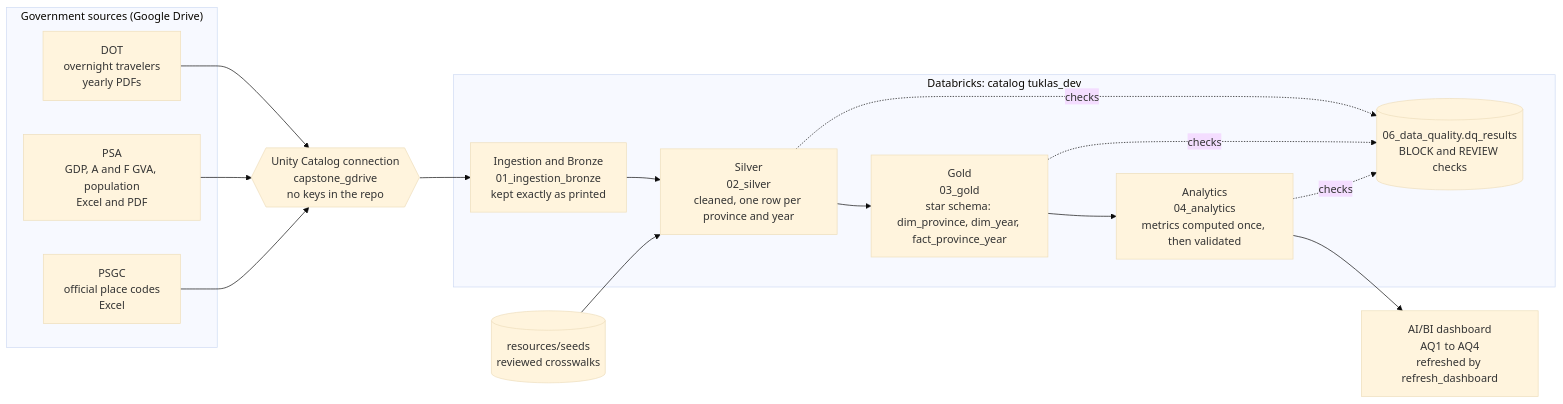
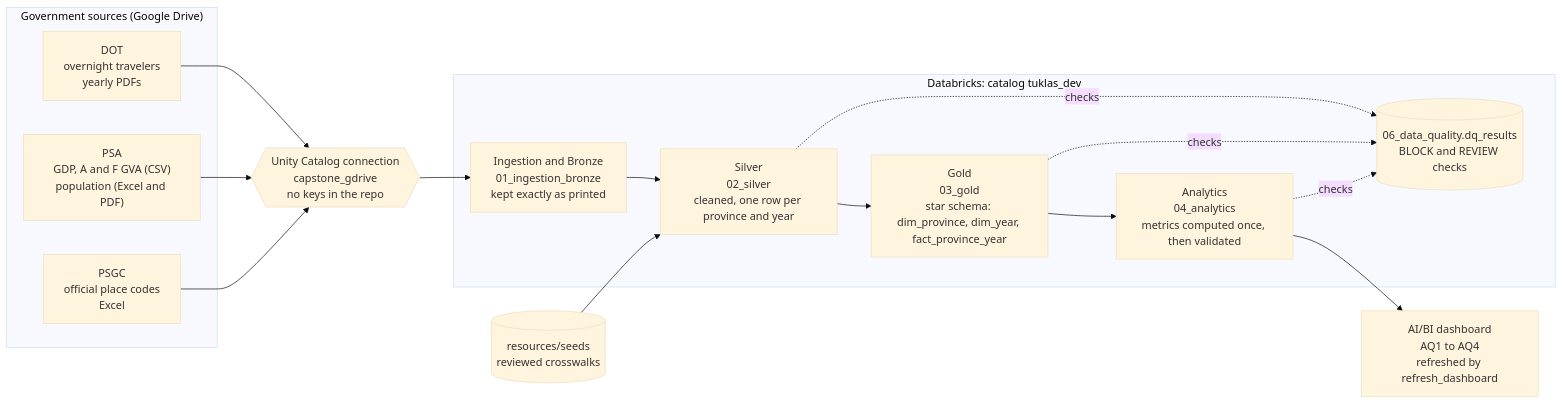
The diagram in README.md (ftw-git-away/provinsights-ph-tourism), drawn with Mermaid (base theme) before and after one commit. The commit also changed other lines of this file and 3 other files, not shown here.

````diff
--- a/README.md
+++ b/README.md
@@ -106,31 +106,31 @@
 ```mermaid
 flowchart LR
     subgraph SRC["Government sources (Google Drive)"]
         DOT["DOT<br/>overnight travelers<br/>yearly PDFs"]
-        PSA["PSA<br/>GDP, A and F GVA, population<br/>Excel and PDF"]
+        PSA["PSA<br/>GDP, A and F GVA (CSV)<br/>population (Excel and PDF)"]
         PSGC["PSGC<br/>official place codes<br/>Excel"]
     end
 
     CONN{{"Unity Catalog connection<br/>capstone_gdrive<br/>no keys in the repo"}}
 
     subgraph DBX["Databricks: catalog tuklas_dev"]
         BR["Ingestion and Bronze<br/>01_ingestion_bronze<br/>kept exactly as printed"]
         SV["Silver<br/>02_silver<br/>cleaned, one row per province and year"]
         GD["Gold<br/>03_gold<br/>star schema: dim_province, dim_year, fact_province_year"]
         AN["Analytics<br/>04_analytics<br/>metrics computed once, then validated"]
         DQ[("06_data_quality.dq_results<br/>BLOCK and REVIEW checks")]
     end
 
     SEED[("resources/seeds<br/>reviewed crosswalks")]
     DASH["AI/BI dashboard<br/>AQ1 to AQ4<br/>refreshed by refresh_dashboard"]
 
     DOT --> CONN
     PSA --> CONN
     PSGC --> CONN
     CONN --> BR
     BR --> SV --> GD --> AN --> DASH
     SEED --> SV
     SV -. checks .-> DQ
     GD -. checks .-> DQ
     AN -. checks .-> DQ
 ```
````
